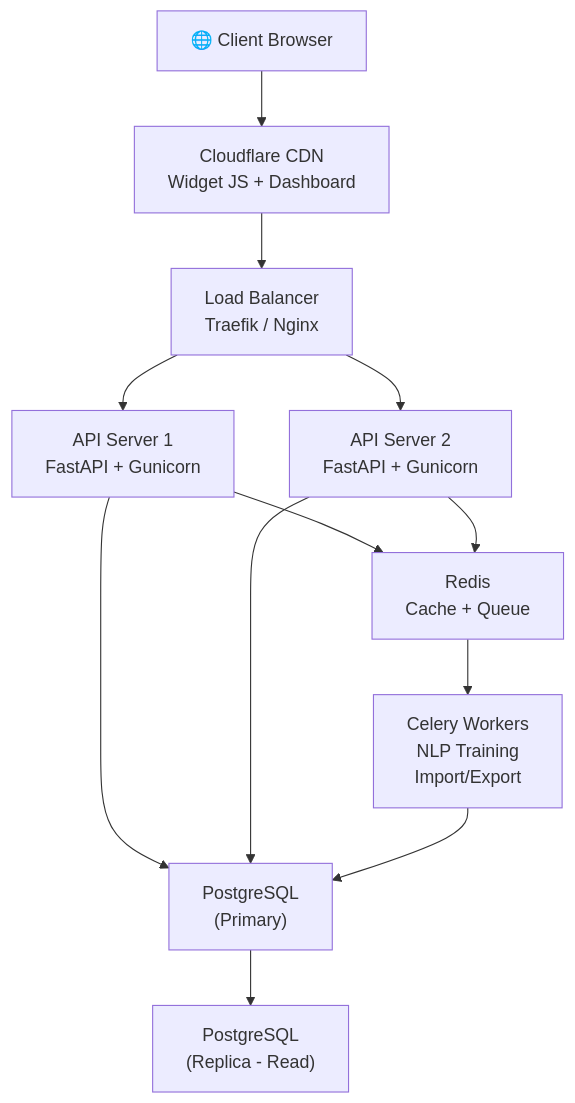
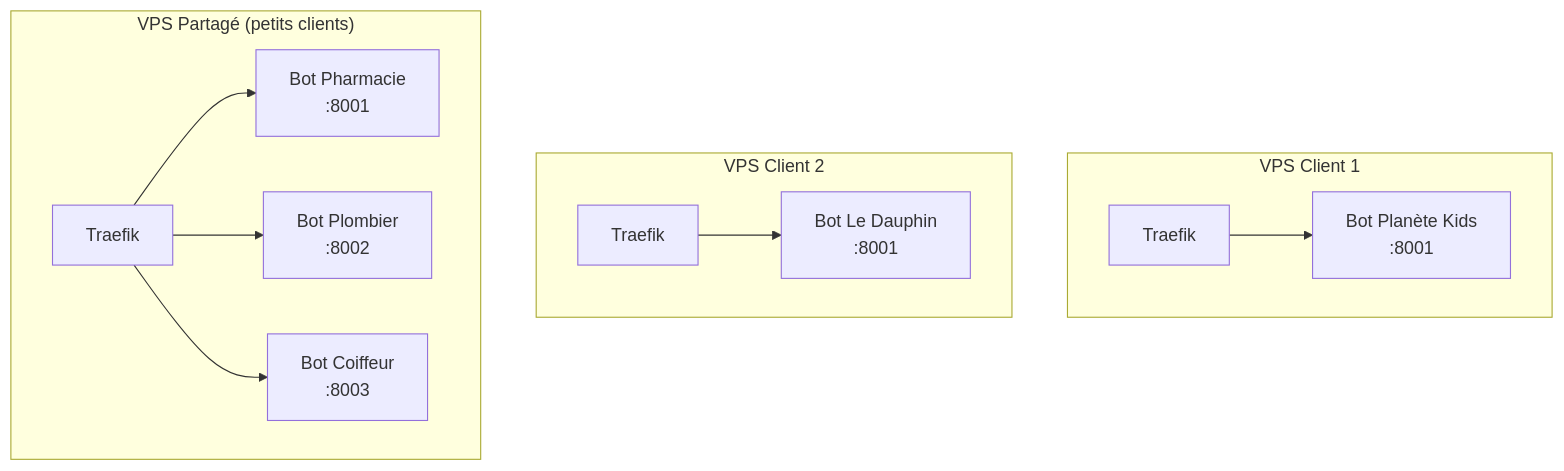
Before and after one commit to courifadza-wq/ChatBot-khimissi: the fourth of 4 diagrams in FRAMEWORK-ROADMAP.md, drawn with Mermaid. The commit also changed other lines of this file, not shown here.

Commit message:
docs: rewrite roadmap - independent bot per client (not multi-tenant), flows per sector

````diff
--- a/FRAMEWORK-ROADMAP.md
+++ b/FRAMEWORK-ROADMAP.md
@@ -353,14 +331,15 @@
 ```mermaid
 flowchart TD
-    CLIENT["🌐 Client Browser"] --> CDN["Cloudflare CDN\nWidget JS + Dashboard"]
-    CDN --> LB["Load Balancer\nTraefik / Nginx"]
-    LB --> API1["API Server 1\nFastAPI + Gunicorn"]
-    LB --> API2["API Server 2\nFastAPI + Gunicorn"]
-    API1 --> PG["PostgreSQL\n(Primary)"]
-    API2 --> PG
-    API1 --> REDIS["Redis\nCache + Queue"]
-    API2 --> REDIS
-    REDIS --> WORKER["Celery Workers\nNLP Training\nImport/Export"]
-    WORKER --> PG
-    PG --> REPLICA["PostgreSQL\n(Replica - Read)"]
+    subgraph "VPS Client 1"
+        T1["Traefik"] --> B1["Bot Planète Kids\n:8001"]
+    end
+    subgraph "VPS Client 2"
+        T2["Traefik"] --> B2["Bot Le Dauphin\n:8001"]
+    end
+    subgraph "VPS Partagé (petits clients)"
+        T3["Traefik"]
+        T3 --> B3["Bot Pharmacie\n:8001"]
+        T3 --> B4["Bot Plombier\n:8002"]
+        T3 --> B5["Bot Coiffeur\n:8003"]
+    end
 ```
````
